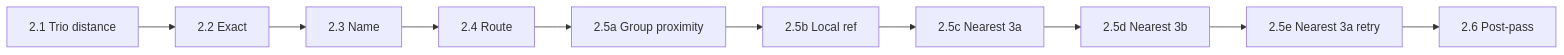
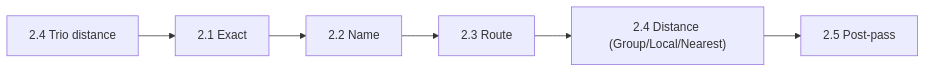
One commit to openTdataCH/stop_sync_osm_atlas changed the third of 4 diagrams in documentation/2. Matching process.md. Above: the diagram before and after it, drawn with Mermaid. The commit also changed other lines of this file and 9 other files, not shown here.

````diff
--- a/documentation/2. Matching process.md
+++ b/documentation/2. Matching process.md
@@ -193,4 +193,4 @@
 ```mermaid
 flowchart LR
-    T["2.1 Trio distance"] --> E["2.2 Exact"] --> N["2.3 Name"] --> R["2.4 Route"] --> D1["2.5a Group proximity"] --> D2["2.5b Local ref"] --> D3["2.5c Nearest 3a"] --> D4["2.5d Nearest 3b"] --> D5["2.5e Nearest 3a retry"] --> P["2.6 Post-pass"]
+    T["2.4 Trio distance"] --> E["2.1 Exact"] --> N["2.2 Name"] --> R["2.3 Route"] --> D["2.4 Distance (Group/Local/Nearest)"] --> P["2.5 Post-pass"]
 ```
````
